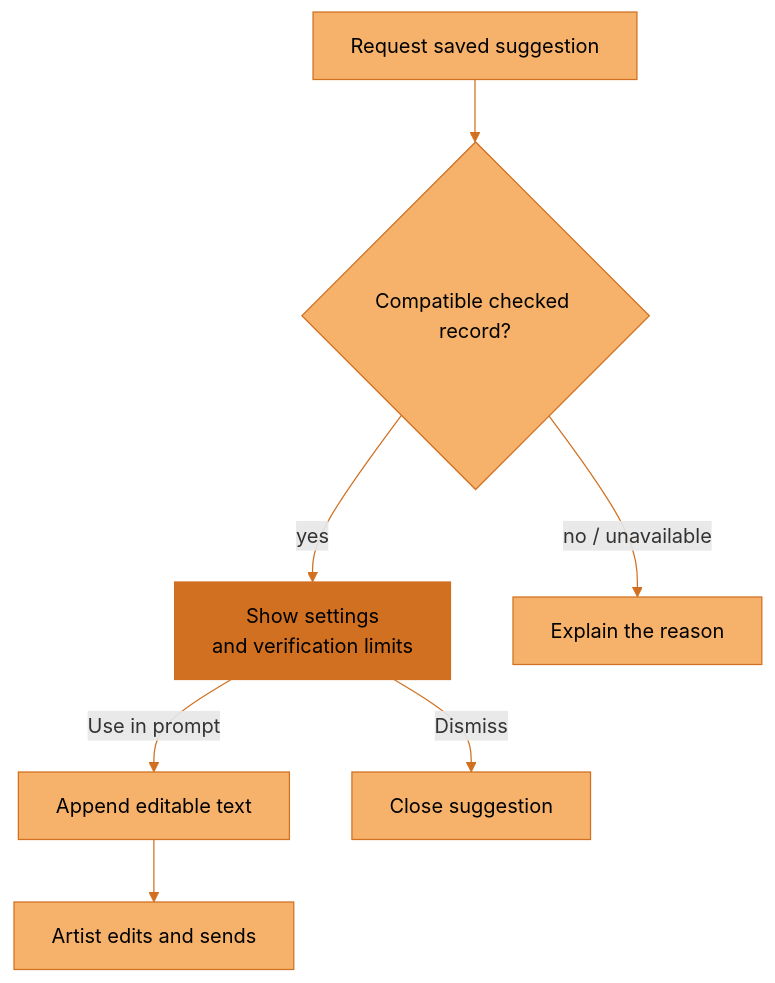
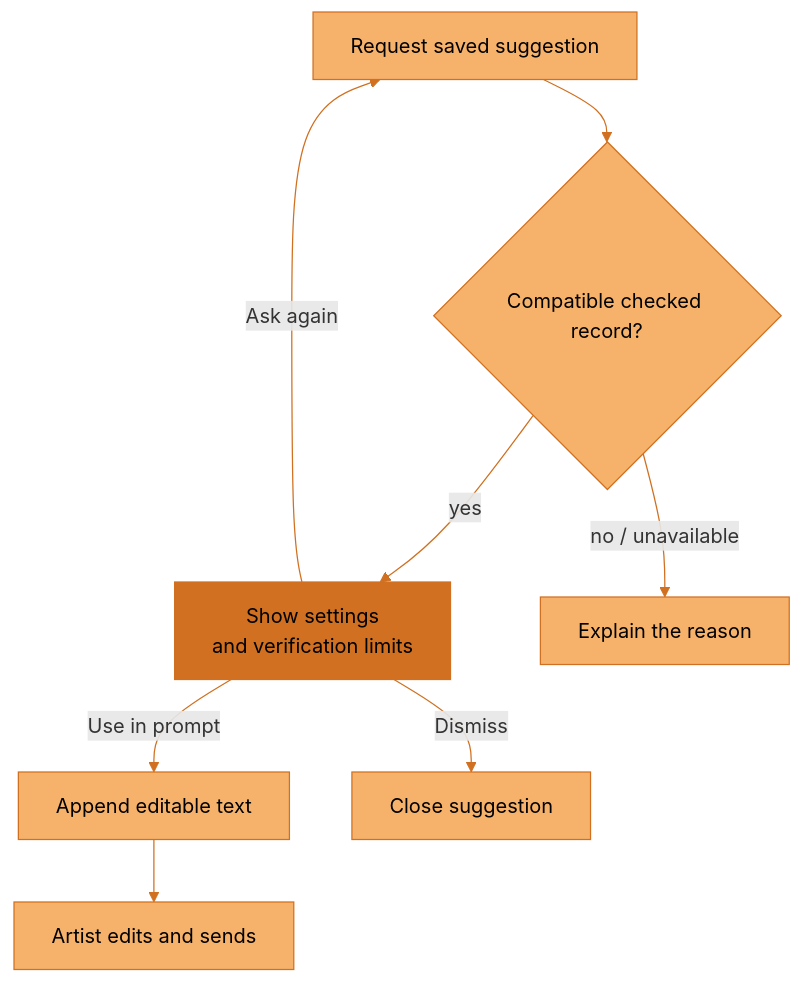
One commit to JosephOIbrahim/Synapse changed the tenth of 11 diagrams in docs/architecture/overview.md. Above: the diagram before and after it, drawn with Mermaid. The commit also changed other lines of this file and 10 other files, not shown here.

````diff
--- a/docs/architecture/overview.md
+++ b/docs/architecture/overview.md
@@ -357,17 +364,18 @@
 ```mermaid
 flowchart TD
     accTitle: A checked lookdev suggestion becomes an editable draft
-    accDescr: A saved suggestion requires a matching scene, store and exact environment. A compatible record can be placed into a draft by the artist. Missing compatibility is reported without inventing a suggestion.
+    accDescr: A saved suggestion requires a matching scene, store and exact environment. A compatible record can be placed into a draft by the artist, dismissed, or requested again. Missing compatibility is reported without inventing a suggestion.
     A["Request saved suggestion"] --> B{"Compatible checked record?"}
     B -->|"yes"| C["Show settings<br/>and verification limits"]
     B -->|"no / unavailable"| N["Explain the reason"]
     C -->|"Use in prompt"| D["Append editable text"]
     C -->|"Dismiss"| X["Close suggestion"]
+    C -->|"Ask again"| A
     D --> S["Artist edits and sends"]
     classDef default fill:#F6B26B,stroke:#D07020,color:#000000
     classDef synapse fill:#D07020,stroke:#D07020,color:#000000
     classDef artist fill:#F6B26B,stroke:#D07020,color:#000000
     class C synapse
     class S artist
     linkStyle default stroke:#D07020
 ```
````
